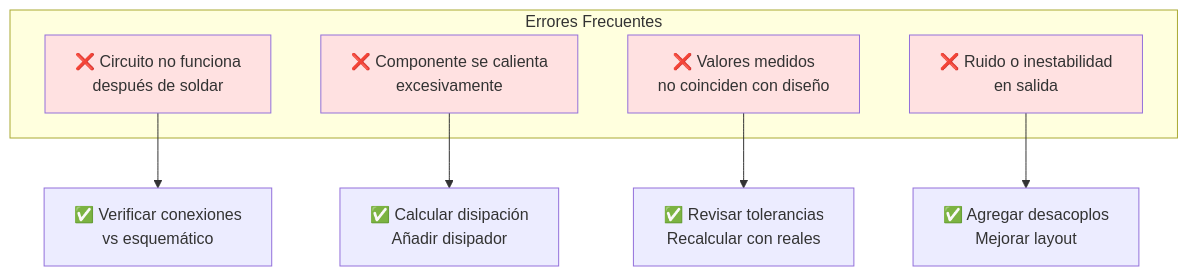
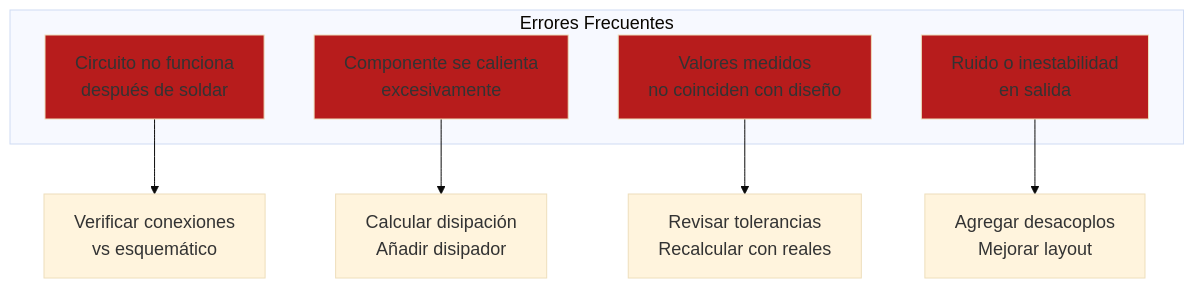
Before and after one commit to Ai-Whisperers/Courses-Content: diagram 11 of 11 in courses/🟡-development/FPUNA-2026/02-ELECTRONICA-AUTOMATIZACION/01-diseno-circuitos-ia.md, drawn with Mermaid. The commit also changed other lines of this file and 47 other files, not shown here.

First line of the commit message:
fix: Make all 473 diagrams WCAG AAA accessible (FPUNA-2026)

````diff
--- a/courses/🟡-development/FPUNA-2026/02-ELECTRONICA-AUTOMATIZACION/01-diseno-circuitos-ia.md
+++ b/courses/🟡-development/FPUNA-2026/02-ELECTRONICA-AUTOMATIZACION/01-diseno-circuitos-ia.md
@@ -828,19 +838,20 @@
 ```mermaid
+%%{init: {'theme':'base', 'themeVariables': {'fontSize':'18px'}}}%%
 graph TD
     subgraph "Errores Frecuentes"
-        A[❌ Circuito no funciona<br/>después de soldar]
-        B[❌ Componente se calienta<br/>excesivamente]
-        C[❌ Valores medidos<br/>no coinciden con diseño]
-        D[❌ Ruido o inestabilidad<br/>en salida]
+        A[Circuito no funciona<br/>después de soldar]
+        B[Componente se calienta<br/>excesivamente]
+        C[Valores medidos<br/>no coinciden con diseño]
+        D[Ruido o inestabilidad<br/>en salida]
     end
     
-    A --> A1[✅ Verificar conexiones<br/>vs esquemático]
-    B --> B1[✅ Calcular disipación<br/>Añadir disipador]
-    C --> C1[✅ Revisar tolerancias<br/>Recalcular con reales]
-    D --> D1[✅ Agregar desacoplos<br/>Mejorar layout]
+    A --> A1[Verificar conexiones<br/>vs esquemático]
+    B --> B1[Calcular disipación<br/>Añadir disipador]
+    C --> C1[Revisar tolerancias<br/>Recalcular con reales]
+    D --> D1[Agregar desacoplos<br/>Mejorar layout]
     
-    style A fill:#FFE1E1
-    style B fill:#FFE1E1
-    style C fill:#FFE1E1
-    style D fill:#FFE1E1
+    style A fill:#b71c1c
+    style B fill:#b71c1c
+    style C fill:#b71c1c
+    style D fill:#b71c1c
 ```
````
